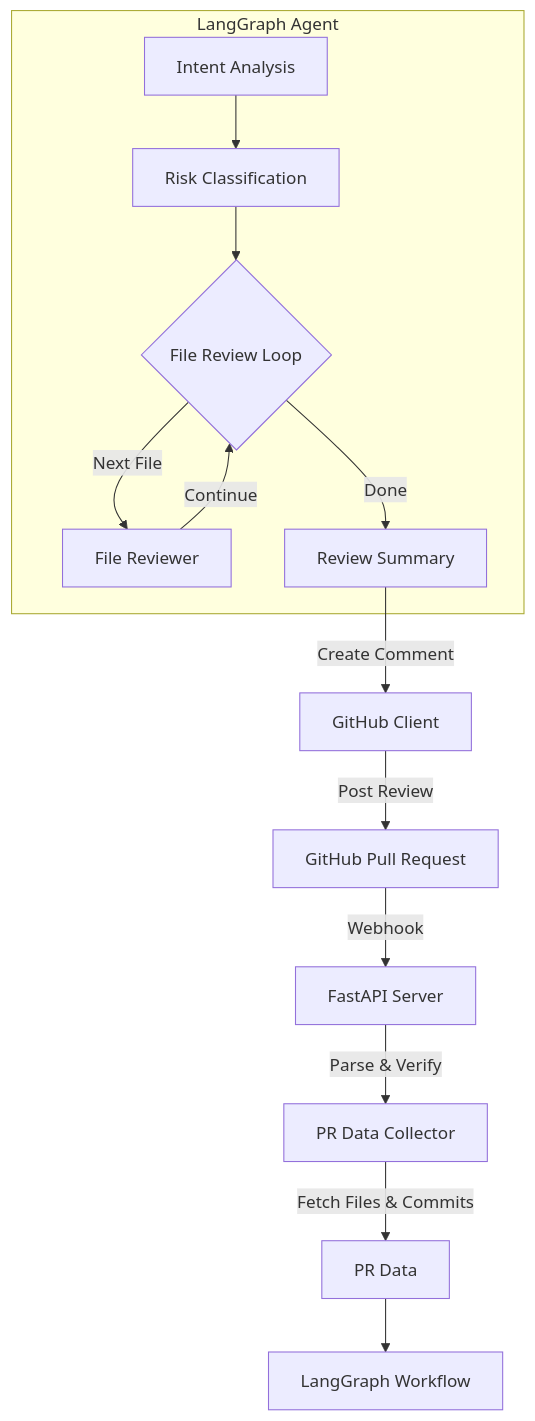
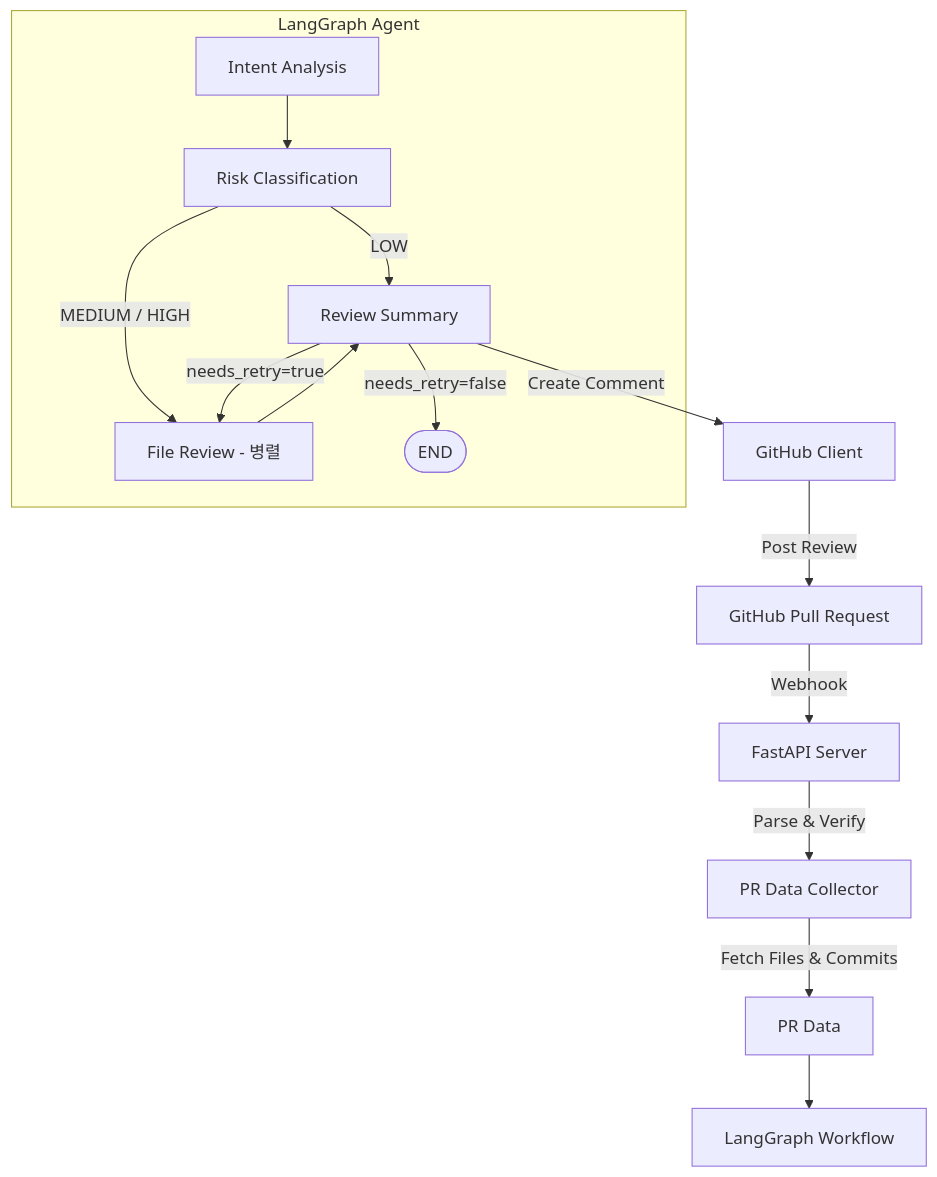
Before and after one commit to okdoittttt/almagest-reviewer: the first of 2 diagrams in README.md, drawn with Mermaid. The commit also changed other lines of this file, not shown here.

````diff
--- a/README.md
+++ b/README.md
@@ -47,18 +47,19 @@
 ```mermaid
 graph TD
     GitHub[GitHub Pull Request] -->|Webhook| Server[FastAPI Server]
     Server -->|Parse & Verify| Collector[PR Data Collector]
     Collector -->|Fetch Files & Commits| Data[PR Data]
     Data --> SubGraph[LangGraph Workflow]
-    
+
     subgraph "LangGraph Agent"
         Intent[Intent Analysis] --> Risk[Risk Classification]
-        Risk --> ReviewLoop{File Review Loop}
-        ReviewLoop -->|Next File| Review[File Reviewer]
-        Review -->|Continue| ReviewLoop
-        ReviewLoop -->|Done| Summary[Review Summary]
+        Risk -->|LOW| Summary[Review Summary]
+        Risk -->|MEDIUM / HIGH| Review[File Review - 병렬]
+        Review --> Summary
+        Summary -->|needs_retry=true| Review
+        Summary -->|needs_retry=false| End([END])
     end
-    
+
     Summary -->|Create Comment| Client[GitHub Client]
     Client -->|Post Review| GitHub
 ```
````
